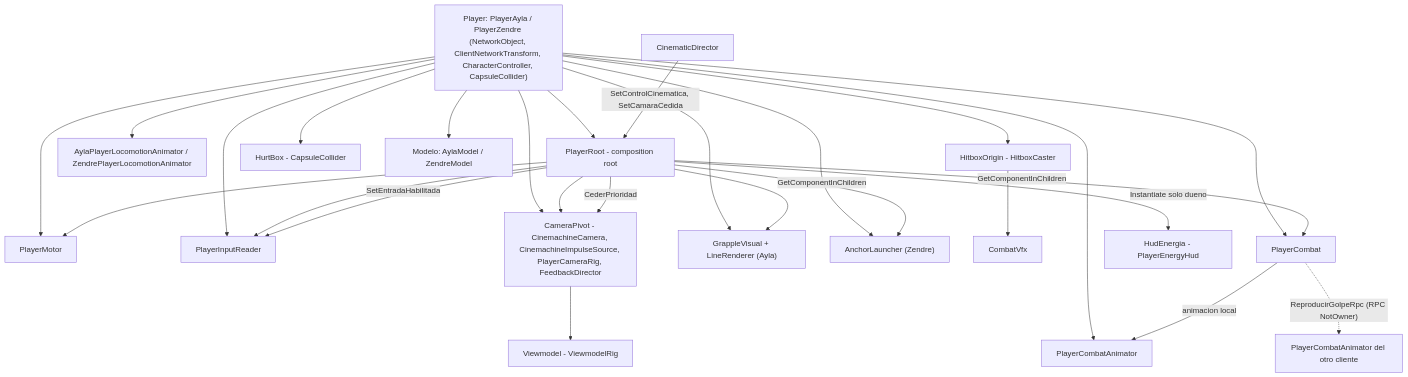
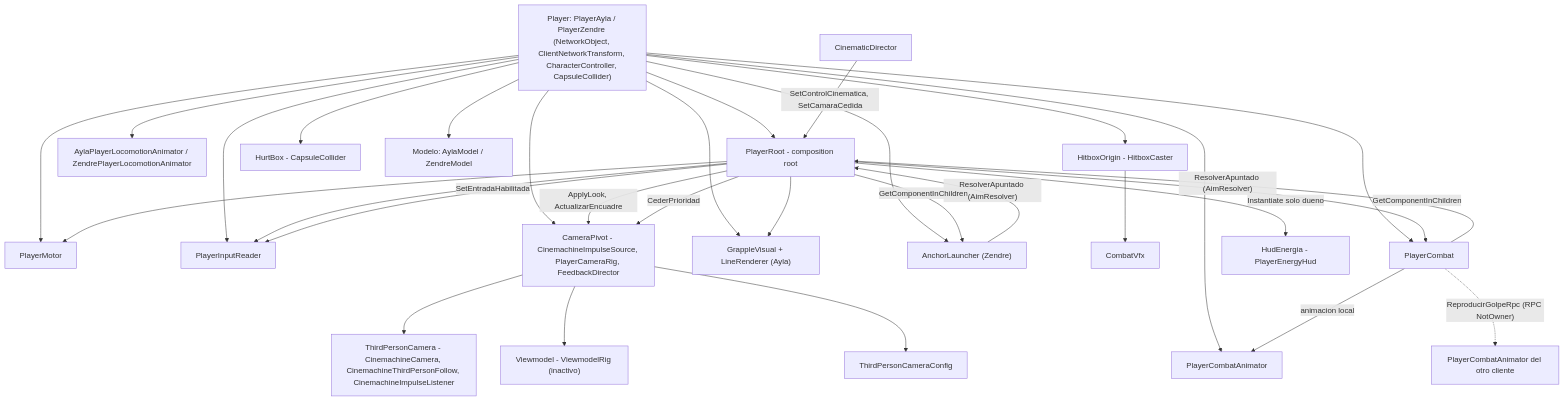
Before and after one commit to VicBojoDev10/DeathOfMeaningRepo: the diagram in docs/diagrams/player-prefab.mermaid, drawn with Mermaid.

Commit message:
doc: update player prefab diagram for third person camera

```diff
--- a/docs/diagrams/player-prefab.mermaid
+++ b/docs/diagrams/player-prefab.mermaid
@@ -1,28 +1,32 @@
 flowchart TD
     Player["Player: PlayerAyla / PlayerZendre (NetworkObject, ClientNetworkTransform, CharacterController, CapsuleCollider)"]
     Player --> Root[PlayerRoot - composition root]
     Player --> Motor[PlayerMotor]
     Player --> Reader[PlayerInputReader]
     Player --> Combat[PlayerCombat]
     Player --> CombatAnim[PlayerCombatAnimator]
     Player --> LocoAnim["AylaPlayerLocomotionAnimator / ZendrePlayerLocomotionAnimator"]
     Player --> Grapple["GrappleVisual + LineRenderer (Ayla)"]
     Player --> Anchor["AnchorLauncher (Zendre)"]
     Player --> HitboxOrigin["HitboxOrigin - HitboxCaster"]
     HitboxOrigin --> Vfx[CombatVfx]
     Player --> HurtBox["HurtBox - CapsuleCollider"]
-    Player --> Pivot["CameraPivot - CinemachineCamera, CinemachineImpulseSource, PlayerCameraRig, FeedbackDirector"]
-    Pivot --> VM["Viewmodel - ViewmodelRig"]
+    Player --> Pivot["CameraPivot - CinemachineImpulseSource, PlayerCameraRig, FeedbackDirector"]
+    Pivot --> TPC["ThirdPersonCamera - CinemachineCamera, CinemachineThirdPersonFollow, CinemachineImpulseListener"]
+    Pivot --> VM["Viewmodel - ViewmodelRig (inactivo)"]
     Player --> Modelo["Modelo: AylaModel / ZendreModel"]
     Root --> Motor
     Root --> Reader
-    Root --> Pivot
+    Root -->|"ApplyLook, ActualizarEncuadre"| Pivot
+    Pivot --> Config[ThirdPersonCameraConfig]
+    Combat -->|"ResolverApuntado (AimResolver)"| Root
+    Anchor -->|"ResolverApuntado (AimResolver)"| Root
     Root --> Grapple
     Root -->|GetComponentInChildren| Combat
     Root -->|GetComponentInChildren| Anchor
     Root -->|"Instantiate solo dueno"| Hud["HudEnergia - PlayerEnergyHud"]
     Combat -->|animacion local| CombatAnim
     Combat -.->|"ReproducirGolpeRpc (RPC NotOwner)"| AnimRemoto["PlayerCombatAnimator del otro cliente"]
     Cinematic[CinematicDirector] -->|"SetControlCinematica, SetCamaraCedida"| Root
     Root -->|SetEntradaHabilitada| Reader
     Root -->|CederPrioridad| Pivot
```
